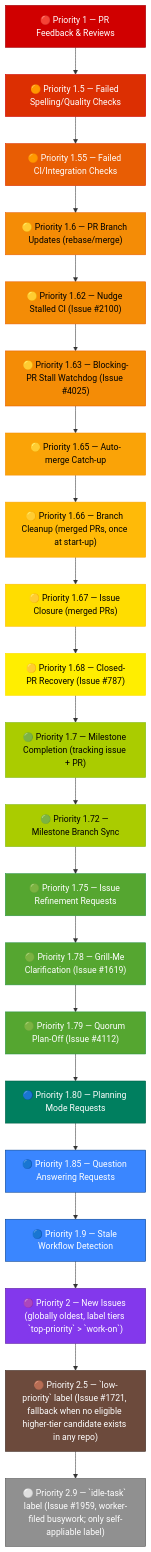
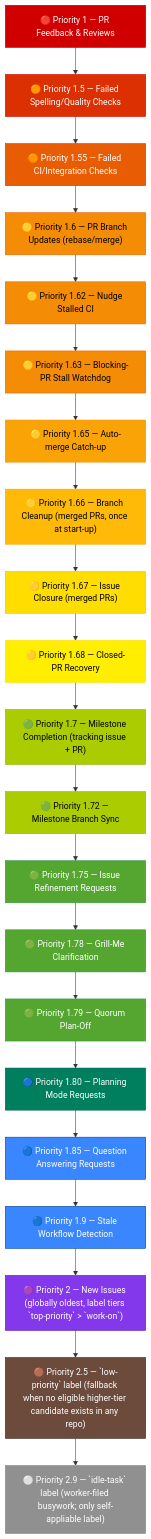
One commit to stSoftwareAU/VibeCoder changed the third of 3 diagrams in docs/USAGE.md. Above: the diagram before and after it, drawn with Mermaid. The commit also changed other lines of this file and 291 other files, not shown here.

````diff
--- a/docs/USAGE.md
+++ b/docs/USAGE.md
@@ -689,48 +689,48 @@
 ```mermaid
 flowchart TD
     P1["🔴 Priority 1 — PR Feedback & Reviews"]
     P15["🟠 Priority 1.5 — Failed Spelling/Quality Checks"]
     P155["🟠 Priority 1.55 — Failed CI/Integration Checks"]
     P16["🟡 Priority 1.6 — PR Branch Updates (rebase/merge)"]
-    P162["🟡 Priority 1.62 — Nudge Stalled CI (Issue #2100)"]
-    P163["🟡 Priority 1.63 — Blocking-PR Stall Watchdog (Issue #4025)"]
+    P162["🟡 Priority 1.62 — Nudge Stalled CI"]
+    P163["🟡 Priority 1.63 — Blocking-PR Stall Watchdog"]
     P165["🟡 Priority 1.65 — Auto-merge Catch-up"]
     P166["🟡 Priority 1.66 — Branch Cleanup (merged PRs, once at start-up)"]
     P167["🟡 Priority 1.67 — Issue Closure (merged PRs)"]
-    P168["🟡 Priority 1.68 — Closed-PR Recovery (Issue #787)"]
+    P168["🟡 Priority 1.68 — Closed-PR Recovery"]
     P17["🟢 Priority 1.7 — Milestone Completion (tracking issue + PR)"]
     P172["🟢 Priority 1.72 — Milestone Branch Sync"]
     P175["🟢 Priority 1.75 — Issue Refinement Requests"]
-    P178["🟢 Priority 1.78 — Grill-Me Clarification (Issue #1619)"]
-    P179["🟢 Priority 1.79 — Quorum Plan-Off (Issue #4112)"]
+    P178["🟢 Priority 1.78 — Grill-Me Clarification"]
+    P179["🟢 Priority 1.79 — Quorum Plan-Off"]
     P18["🔵 Priority 1.80 — Planning Mode Requests"]
     P185["🔵 Priority 1.85 — Question Answering Requests"]
     P19["🔵 Priority 1.9 — Stale Workflow Detection"]
     P2["🟣 Priority 2 — New Issues (globally oldest, label tiers `top-priority` > `work-on`)"]
-    P25["🟤 Priority 2.5 — `low-priority` label (Issue #1721, fallback when no eligible higher-tier candidate exists in any repo)"]
-    P29["⚪ Priority 2.9 — `idle-task` label (Issue #1959, worker-filed busywork; only self-appliable label)"]
+    P25["🟤 Priority 2.5 — `low-priority` label (fallback when no eligible higher-tier candidate exists in any repo)"]
+    P29["⚪ Priority 2.9 — `idle-task` label (worker-filed busywork; only self-appliable label)"]
 
     P1 --> P15 --> P155 --> P16 --> P162 --> P163 --> P165 --> P166 --> P167 --> P168 --> P17 --> P172 --> P175 --> P178 --> P179 --> P18 --> P185 --> P19 --> P2 --> P25 --> P29
 
     style P1 fill:#d00000,stroke:#9d0208,color:#fff
     style P15 fill:#dc2f02,stroke:#d00000,color:#fff
     style P155 fill:#e85d04,stroke:#dc2f02,color:#fff
     style P16 fill:#f48c06,stroke:#e85d04,color:#000
     style P162 fill:#f48c06,stroke:#e85d04,color:#000
     style P163 fill:#f48c06,stroke:#e85d04,color:#000
     style P165 fill:#faa307,stroke:#f48c06,color:#000
     style P166 fill:#ffba08,stroke:#faa307,color:#000
     style P167 fill:#ffdd00,stroke:#ffba08,color:#000
     style P168 fill:#ffee00,stroke:#ffdd00,color:#000
     style P17 fill:#aacc00,stroke:#80b918,color:#000
     style P172 fill:#aacc00,stroke:#80b918,color:#000
     style P175 fill:#55a630,stroke:#2b9348,color:#fff
     style P178 fill:#55a630,stroke:#2b9348,color:#fff
     style P179 fill:#55a630,stroke:#2b9348,color:#fff
     style P19 fill:#3a86ff,stroke:#023e8a,color:#fff
     style P18 fill:#007f5f,stroke:#005f46,color:#fff
     style P185 fill:#3a86ff,stroke:#023e8a,color:#fff
     style P2 fill:#8338ec,stroke:#5a189a,color:#fff
     style P25 fill:#6c4a3c,stroke:#3d2a22,color:#fff
-    style P29 fill:#909090,stroke:#555,color:#fff
+    style P29 fill:#909090,stroke:,color:#fff
 ```
````
